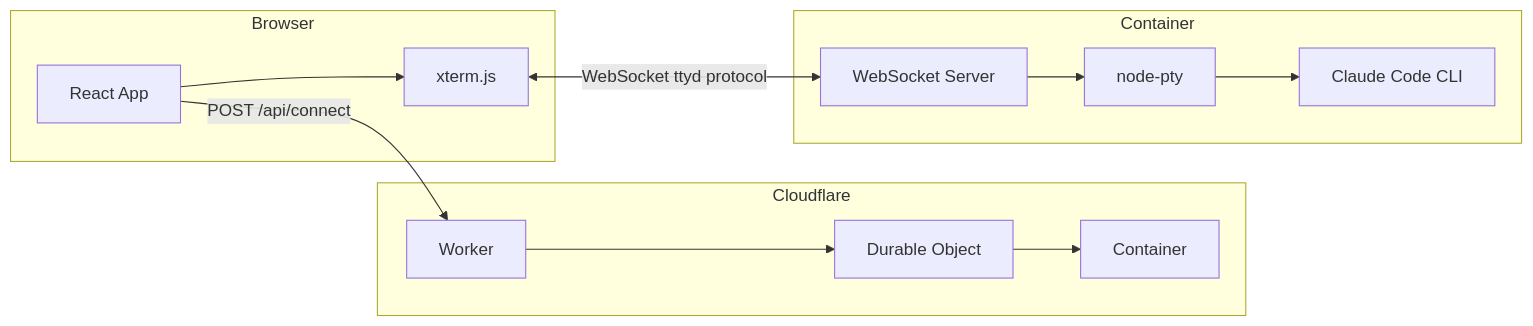
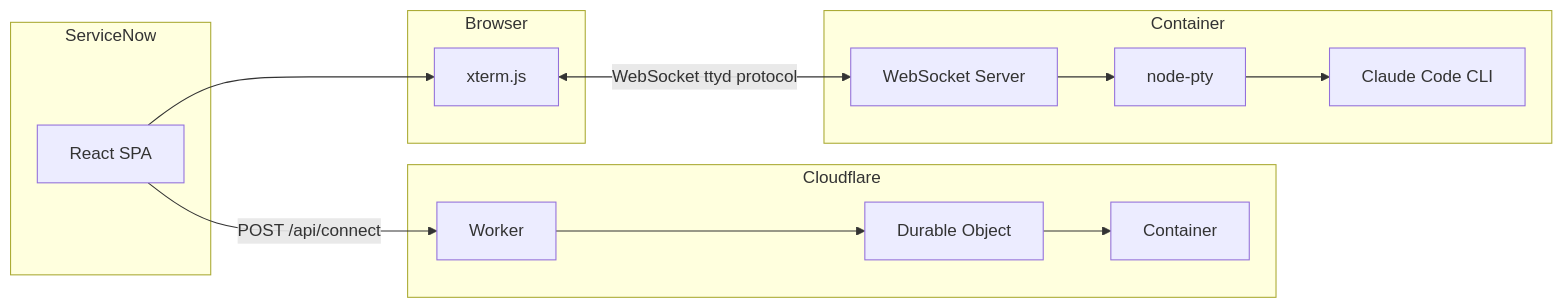
One commit to elinsoftware/cloudflare-claude-in-sandbox changed the diagram in README.md. Above: the diagram before and after it, drawn with Mermaid. The commit also changed other lines of this file, not shown here.

Commit message:
Comprehensive README with frontend/backend details and ServiceNow deployment

````diff
--- a/README.md
+++ b/README.md
@@ -7,19 +7,23 @@
 ```mermaid
 flowchart LR
+    subgraph ServiceNow
+        A[React SPA]
+    end
+
     subgraph Browser
-        A[React App] --> B[xterm.js]
+        A --> B[xterm.js]
     end
 
     subgraph Cloudflare
         C[Worker] --> D[Durable Object]
         D --> E[Container]
     end
 
     subgraph Container
         F[WebSocket Server] --> G[node-pty]
         G --> H[Claude Code CLI]
     end
 
     A -->|POST /api/connect| C
     B <-->|WebSocket ttyd protocol| F
 ```
````
